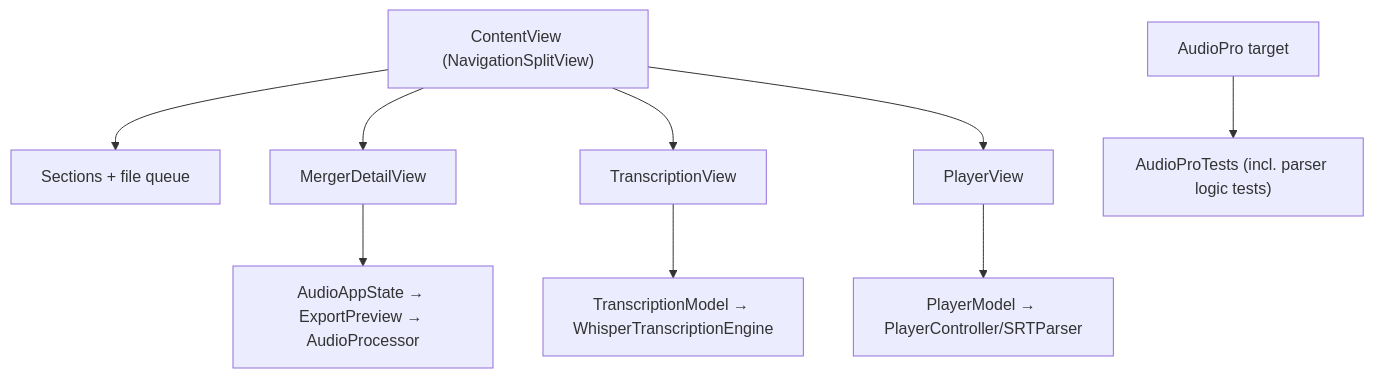
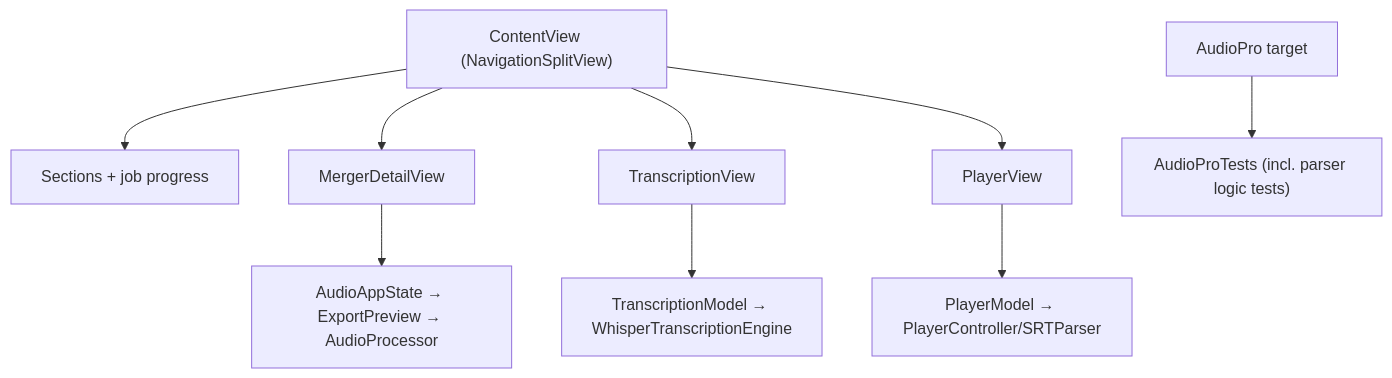
One commit to CometaSensitiva/AudioPro changed the first of 8 diagrams in docs/architecture.md. Above: the diagram before and after it, drawn with Mermaid. The commit also changed other lines of this file and 12 other files, not shown here.

````diff
--- a/docs/architecture.md
+++ b/docs/architecture.md
@@ -5,11 +5,11 @@
 ```mermaid
 flowchart TD
-    CV["ContentView (NavigationSplitView)"] --> Sidebar["Sections + file queue"]
+    CV["ContentView (NavigationSplitView)"] --> Sidebar["Sections + job progress"]
     CV --> Merger["MergerDetailView"]
     CV --> Transcription["TranscriptionView"]
     CV --> Player["PlayerView"]
     Merger --> State["AudioAppState → ExportPreview → AudioProcessor"]
     Transcription --> TM["TranscriptionModel → WhisperTranscriptionEngine"]
     Player --> PM["PlayerModel → PlayerController/SRTParser"]
     AudioPro["AudioPro target"] --> AudioTests["AudioProTests (incl. parser logic tests)"]
 ```
````
